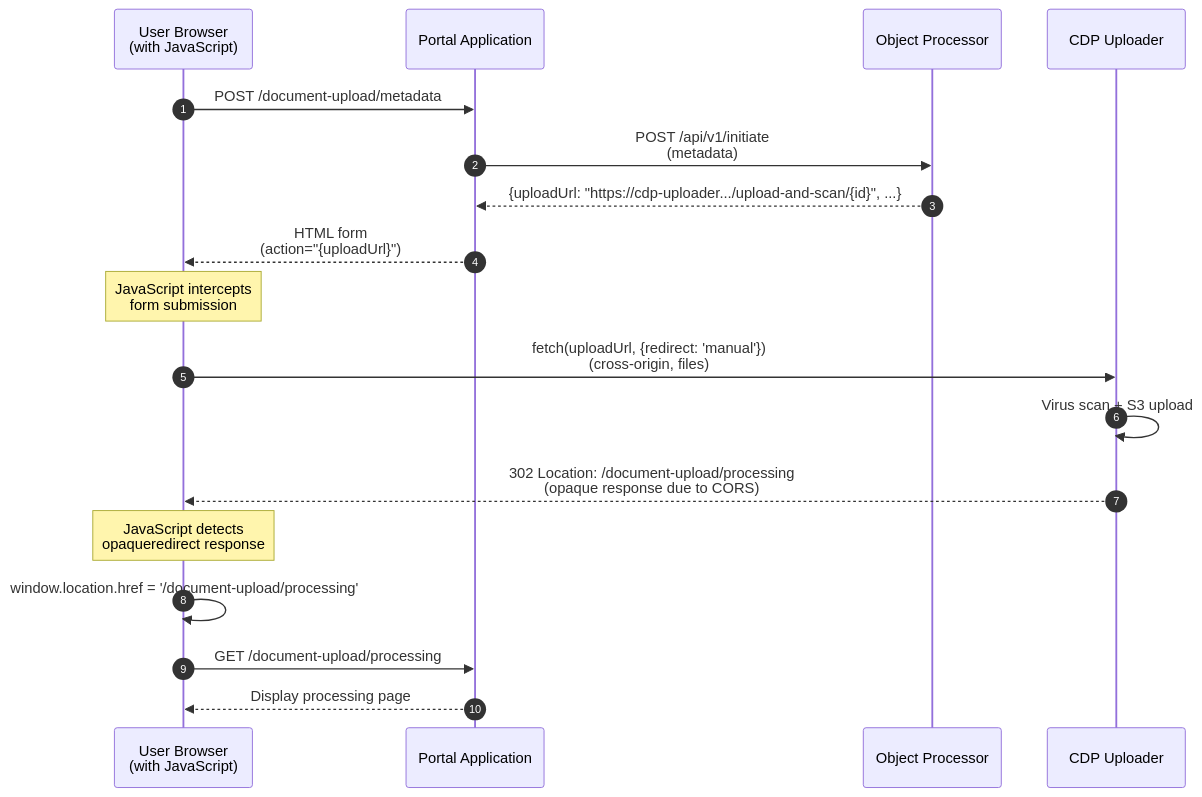
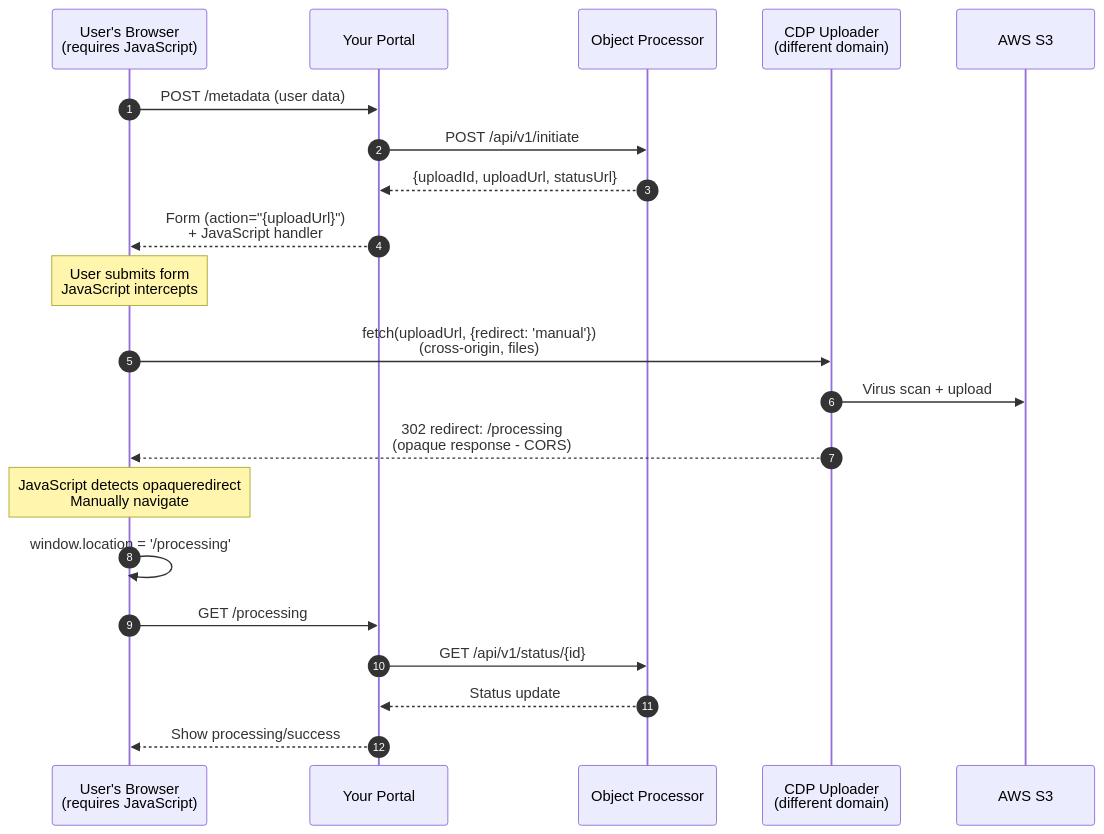
Before and after one commit to DEFRA/fcp-sfd-portal-stub: the third of 3 diagrams in README.md, drawn with Mermaid. The commit also changed other lines of this file, not shown here.

````diff
--- a/README.md
+++ b/README.md
@@ -414,22 +392,26 @@
 ```mermaid
 sequenceDiagram
     autonumber
-    participant Browser as User Browser<br/>(with JavaScript)
-    participant Portal as Portal Application
+    participant Browser as User's Browser<br/>(requires JavaScript)
+    participant Portal as Your Portal
     participant Processor as Object Processor
-    participant Uploader as CDP Uploader
+    participant Uploader as CDP Uploader<br/>(different domain)
+    participant S3 as AWS S3
 
-    Browser->>Portal: POST /document-upload/metadata
-    Portal->>Processor: POST /api/v1/initiate<br/>(metadata)
-    Processor-->>Portal: {uploadUrl: "https://cdp-uploader.../upload-and-scan/{id}", ...}
-    Portal-->>Browser: HTML form<br/>(action="{uploadUrl}")
+    Browser->>Portal: POST /metadata (user data)
+    Portal->>Processor: POST /api/v1/initiate
+    Processor-->>Portal: {uploadId, uploadUrl, statusUrl}
+    Portal-->>Browser: Form (action="{uploadUrl}")<br/>+ JavaScript handler
     
-    Note over Browser: JavaScript intercepts<br/>form submission
+    Note over Browser: User submits form<br/>JavaScript intercepts
     Browser->>Uploader: fetch(uploadUrl, {redirect: 'manual'})<br/>(cross-origin, files)
-    Uploader->>Uploader: Virus scan + S3 upload
-    Uploader-->>Browser: 302 Location: /document-upload/processing<br/>(opaque response due to CORS)
-    Note over Browser: JavaScript detects<br/>opaqueredirect response
-    Browser->>Browser: window.location.href = '/document-upload/processing'
-    Browser->>Portal: GET /document-upload/processing
-    Portal-->>Browser: Display processing page
+    Uploader->>S3: Virus scan + upload
+    Uploader-->>Browser: 302 redirect: /processing<br/>(opaque response - CORS)
+    
+    Note over Browser: JavaScript detects opaqueredirect<br/>Manually navigate
+    Browser->>Browser: window.location = '/processing'
+    Browser->>Portal: GET /processing
+    Portal->>Processor: GET /api/v1/status/{id}
+    Processor-->>Portal: Status update
+    Portal-->>Browser: Show processing/success
 ```
````
